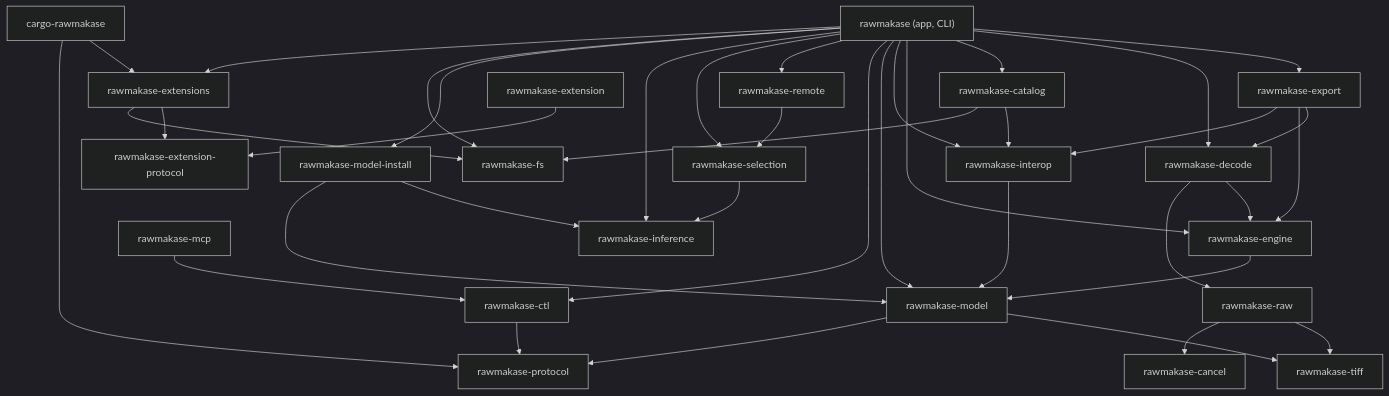
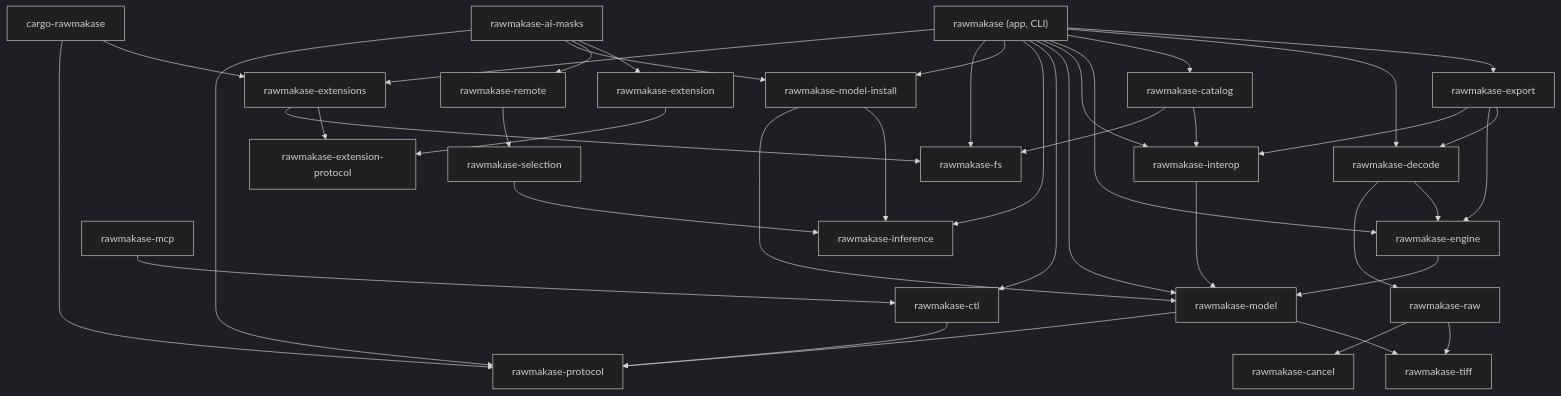
One commit to pch/rawmakase changed the diagram in docs/architecture.md. Above: the diagram before and after it, drawn with Mermaid (dark theme). The commit also changed other lines of this file and 4 other files, not shown here.

````diff
--- a/docs/architecture.md
+++ b/docs/architecture.md
@@ -15,43 +15,45 @@
 ```mermaid
 flowchart TD
     app["rawmakase (app, CLI)"]
     export[rawmakase-export]
     decode[rawmakase-decode]
     catalog[rawmakase-catalog]
     engine[rawmakase-engine]
     interop[rawmakase-interop]
     model[rawmakase-model]
     raw[rawmakase-raw]
     tiff[rawmakase-tiff]
     cancel[rawmakase-cancel]
     fs[rawmakase-fs]
     protocol[rawmakase-protocol]
     ctl[rawmakase-ctl]
     mcp[rawmakase-mcp]
     remote[rawmakase-remote]
     inference[rawmakase-inference]
     selection[rawmakase-selection]
     modelinstall[rawmakase-model-install]
+    aimasks[rawmakase-ai-masks]
     exthost[rawmakase-extensions]
     extprotocol[rawmakase-extension-protocol]
     sdk[rawmakase-extension]
     cargoext[cargo-rawmakase]
 
     app --> export & decode & catalog & engine & interop & model
-    app --> ctl & remote & selection & inference & modelinstall & fs & exthost
+    app --> ctl & inference & modelinstall & fs & exthost
     export --> decode & engine & interop
     decode --> engine & raw
     catalog --> interop & fs
     engine --> model
     interop --> model
     model --> tiff & protocol
     raw --> tiff & cancel
     ctl --> protocol
     mcp --> ctl
     remote --> selection
     selection --> inference
     modelinstall --> inference & model
+    aimasks --> sdk & remote & modelinstall & protocol
     exthost --> extprotocol & fs
     sdk --> extprotocol
     cargoext --> exthost & protocol
 ```
````
